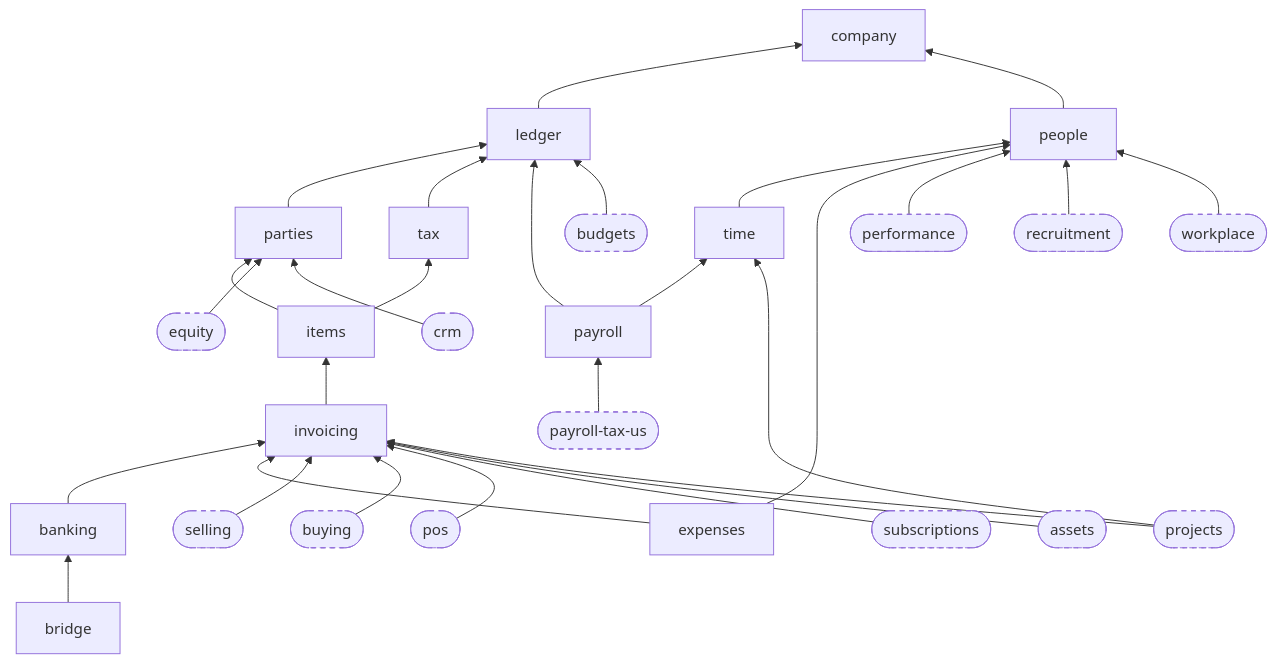
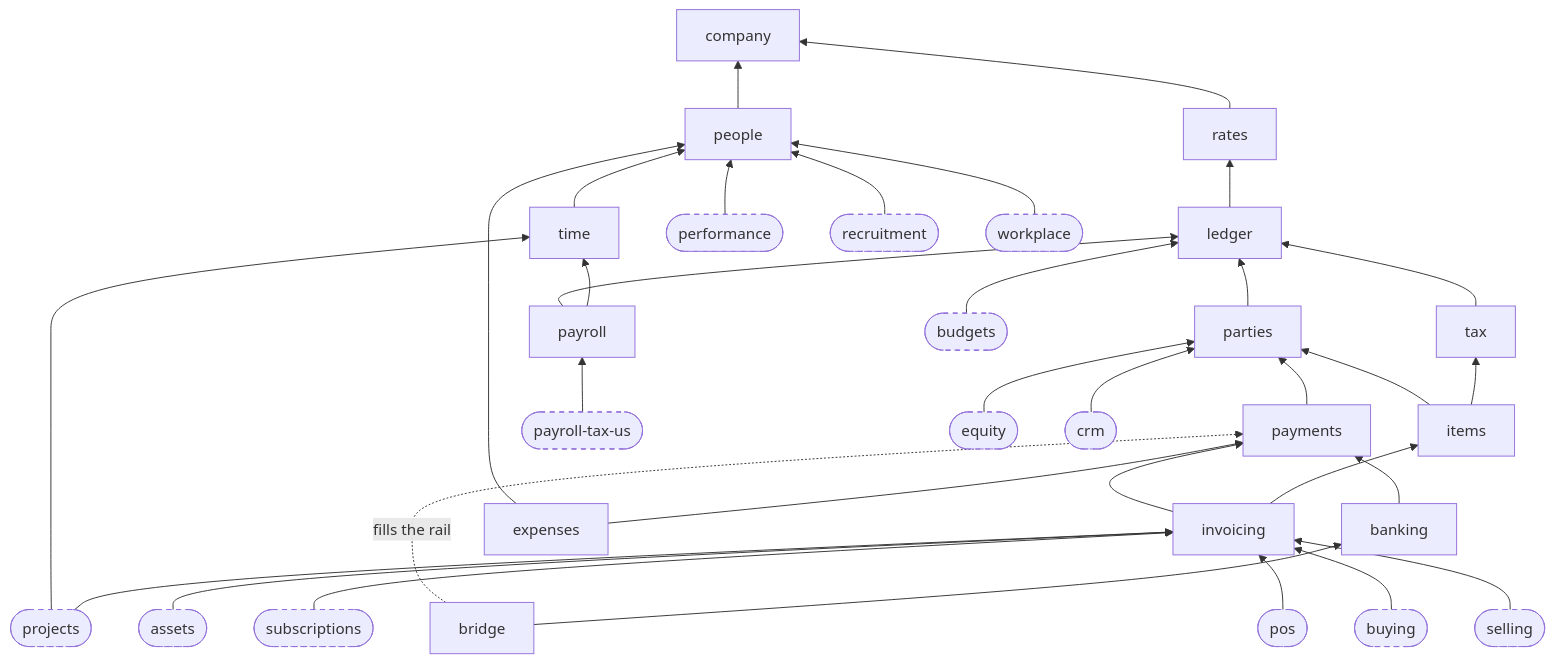
One commit to Open-Harness/architect changed the diagram in design/decisions/CX-composable-pieces.md. Above: the diagram before and after it, drawn with Mermaid. The commit also changed other lines of this file, not shown here.

First line of the commit message:
CX-composable-pieces: rates and payments pieces, agreed with the money design

````diff
--- a/design/decisions/CX-composable-pieces.md
+++ b/design/decisions/CX-composable-pieces.md
@@ -238,34 +254,38 @@
 ```mermaid
 flowchart BT
   company[company]
-  ledger[ledger] --> company
+  rates[rates] --> company
+  ledger[ledger] --> rates
   parties[parties] --> ledger
   tax[tax] --> ledger
   items[items] --> tax
   items --> parties
+  payments[payments] --> parties
   invoicing[invoicing] --> items
-  banking[banking] --> invoicing
+  invoicing --> payments
+  banking[banking] --> payments
   bridge[bridge] --> banking
+  bridge -. fills the rail .-> payments
   people[people] --> company
   time[time] --> people
-  expenses[expenses] --> invoicing
+  expenses[expenses] --> payments
   expenses --> people
   payroll[payroll] --> time
   payroll --> ledger
   taxus([payroll-tax-us]) --> payroll
   selling([selling]) --> invoicing
   buying([buying]) --> invoicing
   pos([pos]) --> invoicing
   subscriptions([subscriptions]) --> invoicing
   assets([assets]) --> invoicing
   budgets([budgets]) --> ledger
   equity([equity]) --> parties
   projects([projects]) --> invoicing
   projects --> time
   performance([performance]) --> people
   recruitment([recruitment]) --> people
   workplace([workplace]) --> people
   crm([crm]) --> parties
   classDef opt stroke-dasharray: 5 5
   class taxus,selling,buying,pos,subscriptions,assets,budgets,equity,projects,performance,recruitment,workplace,crm opt
 ```
````
